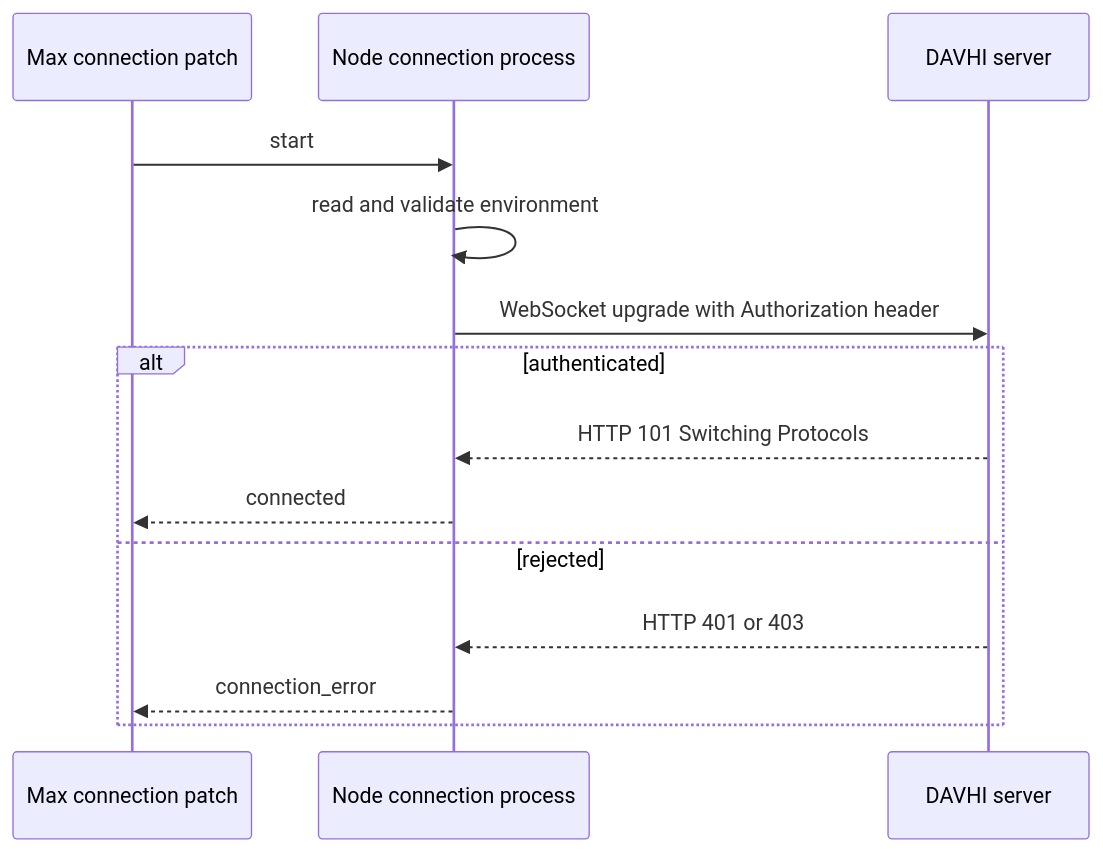
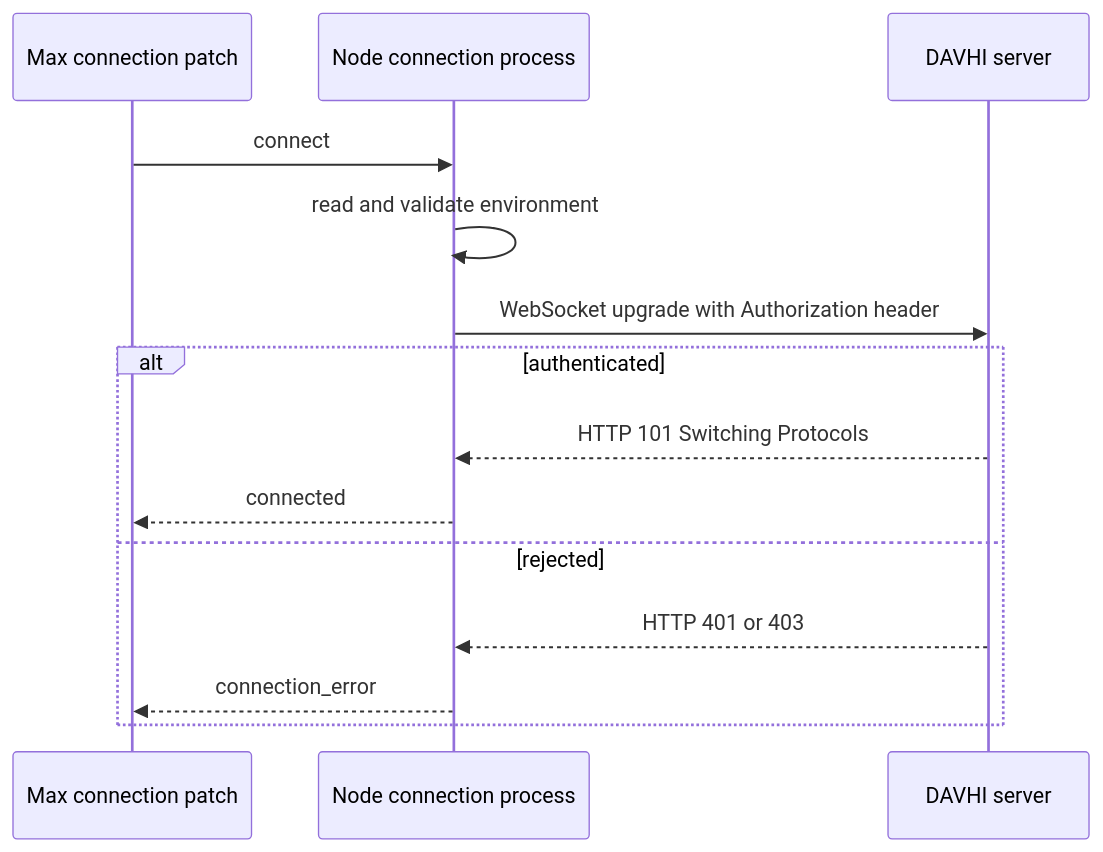
One commit to TeamAudiaptic/audiaptic-max changed the diagram in src/connection/handshake-strategy.md. Above: the diagram before and after it, drawn with Mermaid. The commit also changed other lines of this file and 4 other files, not shown here.

Commit message:
changed .gitlab.env to .env.example and populated with values for local development. Move the sequence increment to the assignIdentity function instead of after the send. Add local setup instructions to the readme

````diff
--- a/src/connection/handshake-strategy.md
+++ b/src/connection/handshake-strategy.md
@@ -18,17 +18,17 @@
 ```mermaid
 sequenceDiagram
     participant Max as Max connection patch
     participant Node as Node connection process
     participant Server as DAVHI server
 
-    Max->>Node: start
+    Max->>Node: connect
     Node->>Node: read and validate environment
     Node->>Server: WebSocket upgrade with Authorization header
     alt authenticated
         Server-->>Node: HTTP 101 Switching Protocols
         Node-->>Max: connected
     else rejected
         Server-->>Node: HTTP 401 or 403
         Node-->>Max: connection_error
     end
 ```
````
